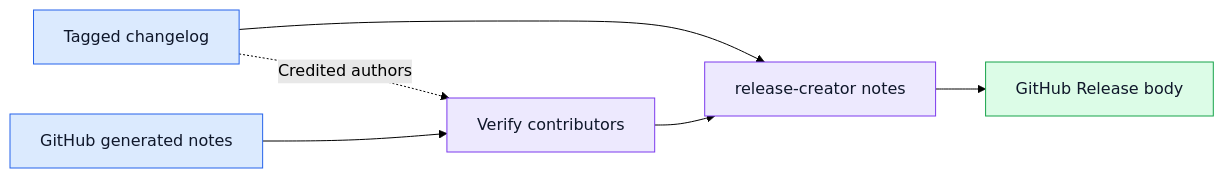
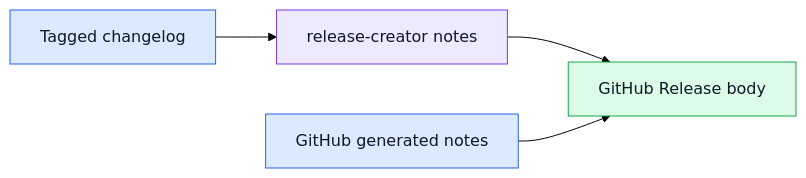
One commit to gaborbernat/release-creator changed the diagram in docs/explanation/release-data.rst. Above: the diagram before and after it, drawn with Mermaid (forest theme). The commit also changed other lines of this file and 90 other files, not shown here.

```diff
--- a/docs/explanation/release-data.rst
+++ b/docs/explanation/release-data.rst
@@ -9,17 +9,15 @@
 .. mermaid::
-    :alt: The tagged changelog provides changes and authors; GitHub generated notes add first-time contributors.
+    :alt: The tagged changelog section and GitHub generated notes together form the GitHub Release body.
     :caption: Sources for a GitHub Release body
     :align: center
 
     flowchart LR
-       changelog["Tagged changelog"] --> render["release-creator notes"]
-       changelog -. "Credited authors" .-> filter["Verify contributors"]
-       generated["GitHub generated notes"] --> filter
-       filter --> render
-       render --> release["GitHub Release body"]
+       changelog["Tagged changelog"] --> notes["release-creator notes"]
+       notes --> release["GitHub Release body"]
+       generated["GitHub generated notes"] --> release
        classDef source fill:#dbeafe,stroke:#2563eb,color:#0f172a;
        classDef step fill:#ede9fe,stroke:#7c3aed,color:#0f172a;
        classDef result fill:#dcfce7,stroke:#16a34a,color:#0f172a;
        class changelog,generated source;
-       class filter,render step;
+       class notes step;
        class release result;
```
